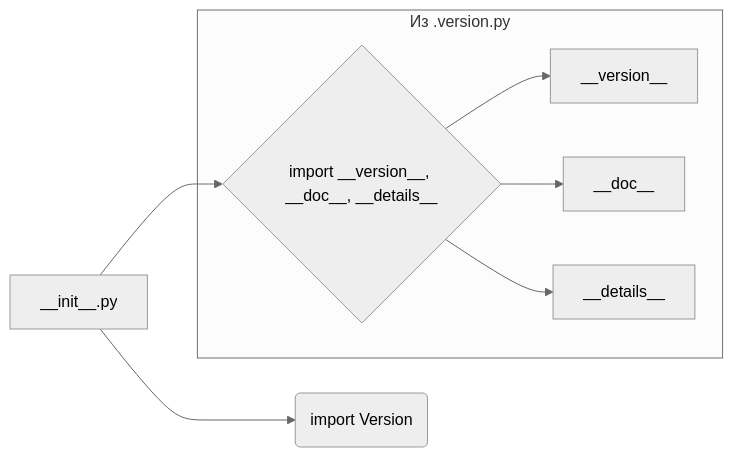
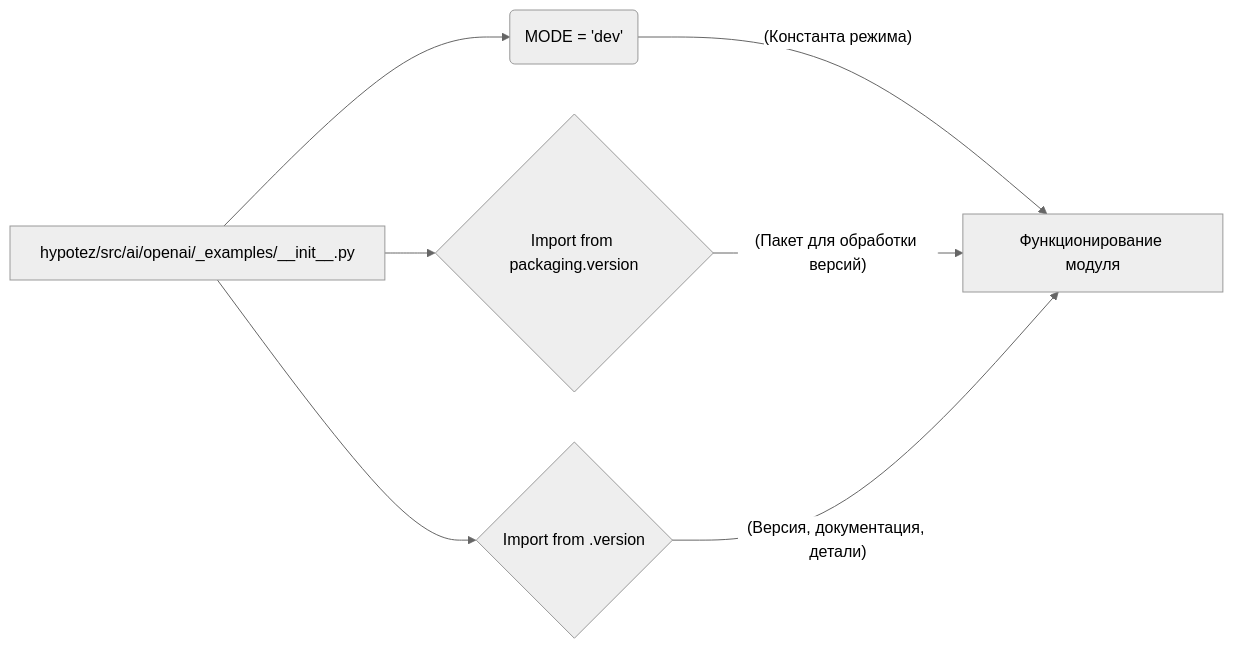
One commit to hypo69/hypo changed the diagram in docs/gemini/ru/explainer/src/ai/openai/_examples/__init__.md. Above: the diagram before and after it, drawn with Mermaid (neutral theme). The commit also changed other lines of this file and 877 other files, not shown here.

````diff
--- a/docs/gemini/ru/explainer/src/ai/openai/_examples/__init__.md
+++ b/docs/gemini/ru/explainer/src/ai/openai/_examples/__init__.md
@@ -59,10 +53,9 @@
 ```mermaid
 graph LR
-    A[__init__.py] --> B(import Version);
-    A --> C{import __version__, __doc__, __details__};
-    subgraph "Из .version.py"
-        C --> D[__version__];
-        C --> E[__doc__];
-        C --> F[__details__];
-    end
+    A[hypotez/src/ai/openai/_examples/__init__.py] --> B(MODE = 'dev');
+    A --> C{Import from packaging.version};
+    A --> D{Import from .version};
+    B -- (Константа режима) --> E[Функционирование модуля];
+    C -- (Пакет для обработки версий) --> E;
+    D -- (Версия, документация, детали) --> E;
 ```
````
